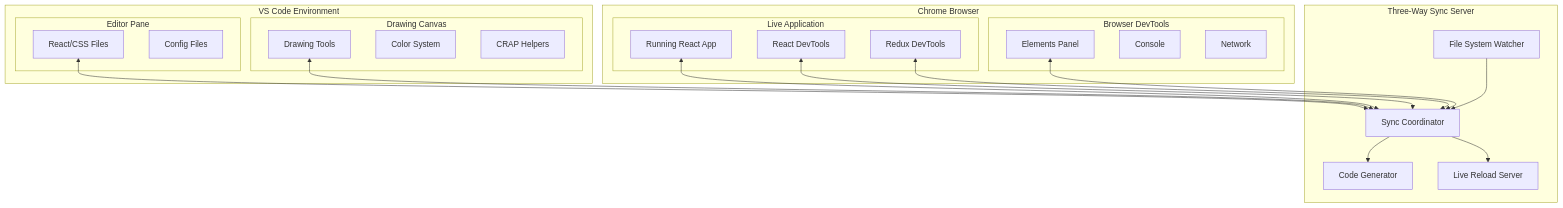
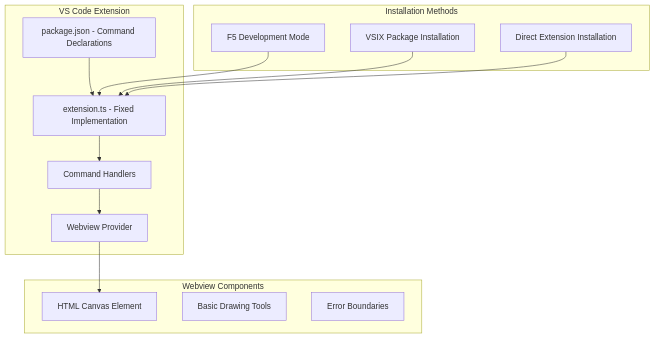
Before and after one commit to JODonogh/Visual-Sketch-Sync: the diagram in .kiro/specs/visual-sketch-sync/design.md, drawn with Mermaid. The commit also changed other lines of this file and 23 other files, not shown here.

````diff
--- a/.kiro/specs/visual-sketch-sync/design.md
+++ b/.kiro/specs/visual-sketch-sync/design.md
@@ -23,51 +18,30 @@
 ```mermaid
 graph TB
-    subgraph "VS Code Environment"
-        subgraph "Editor Pane"
-            ReactFiles[React/CSS Files]
-            ConfigFiles[Config Files]
-        end
-        
-        subgraph "Drawing Canvas"
-            DrawingTools[Drawing Tools]
-            ColorPalette[Color System]
-            AlignmentGuides[CRAP Helpers]
-        end
+    subgraph "VS Code Extension"
+        ExtensionTS[extension.ts - Fixed Implementation]
+        PackageJSON[package.json - Command Declarations]
+        WebviewProvider[Webview Provider]
+        CommandHandlers[Command Handlers]
     end
     
-    subgraph "Chrome Browser"
-        subgraph "Live Application"
-            ReactApp[Running React App]
-            ReactDevTools[React DevTools]
-            ReduxDevTools[Redux DevTools]
-        end
-        
-        subgraph "Browser DevTools"
-            ElementsPanel[Elements Panel]
-            ConsolePanel[Console]
-            NetworkPanel[Network]
-        end
+    subgraph "Installation Methods"
+        F5Debug[F5 Development Mode]
+        VSIXPackage[VSIX Package Installation]
+        DirectInstall[Direct Extension Installation]
     end
     
-    subgraph "Three-Way Sync Server"
-        SyncCoordinator[Sync Coordinator]
-        FileWatcher[File System Watcher]
-        CodeGenerator[Code Generator]
-        LiveReload[Live Reload Server]
+    subgraph "Webview Components"
+        HTMLCanvas[HTML Canvas Element]
+        BasicDrawing[Basic Drawing Tools]
+        ErrorHandling[Error Boundaries]
     end
     
-    %% Three-way connections
-    ReactFiles <--> SyncCoordinator
-    DrawingTools <--> SyncCoordinator
-    ReactApp <--> SyncCoordinator
+    ExtensionTS --> CommandHandlers
+    PackageJSON --> ExtensionTS
+    CommandHandlers --> WebviewProvider
+    WebviewProvider --> HTMLCanvas
     
-    %% DevTools integration
-    ReactDevTools <--> SyncCoordinator
-    ReduxDevTools <--> SyncCoordinator
-    ElementsPanel <--> SyncCoordinator
-    
-    %% File system monitoring
-    FileWatcher --> SyncCoordinator
-    SyncCoordinator --> CodeGenerator
-    SyncCoordinator --> LiveReload
+    F5Debug --> ExtensionTS
+    VSIXPackage --> ExtensionTS
+    DirectInstall --> ExtensionTS
 ```
````
